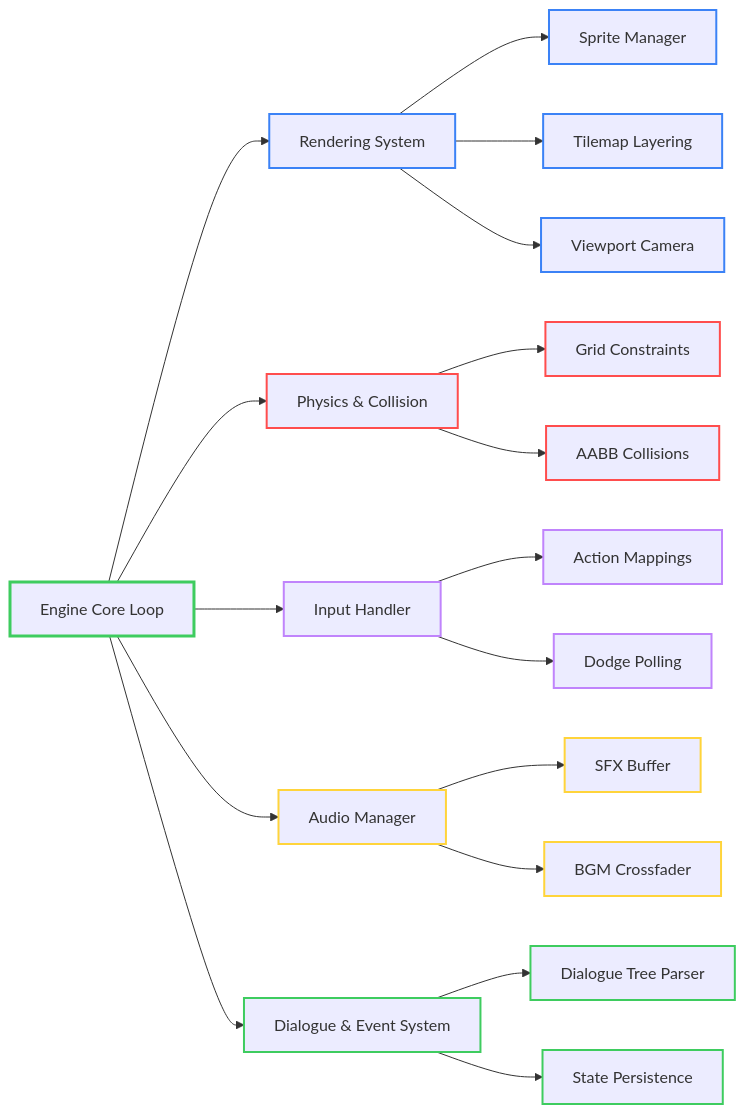
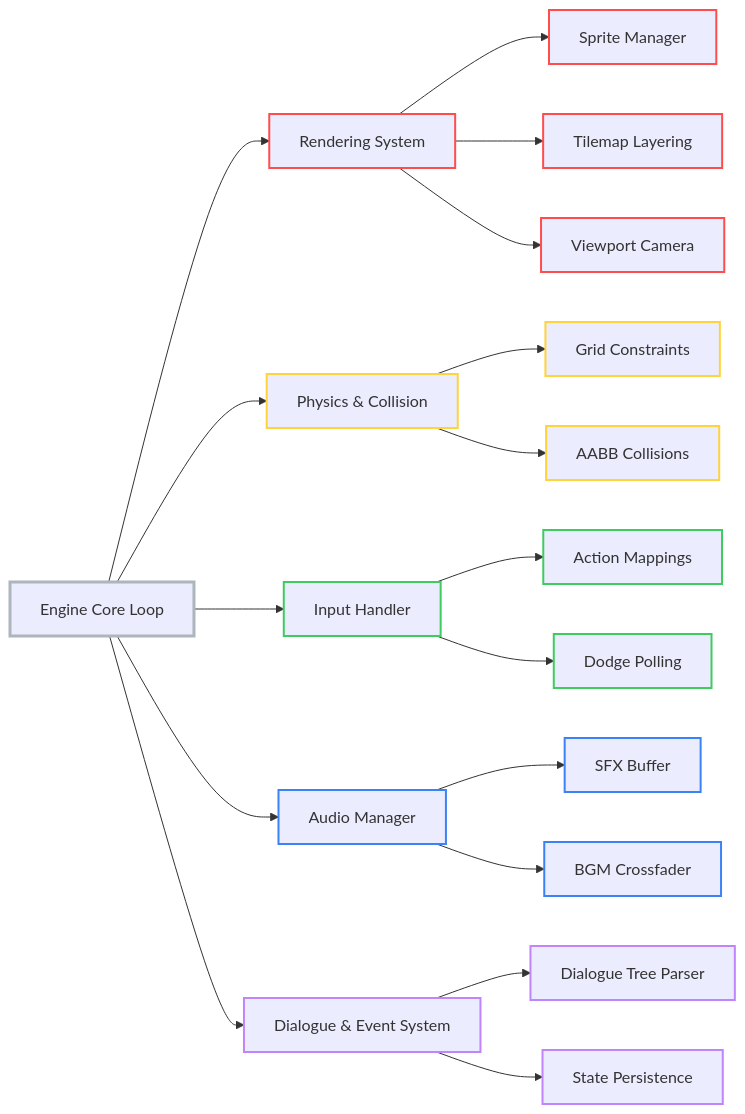
One commit to EduLoboM/Char2D changed the diagram in docs/docs/engine/index.md. Above: the diagram before and after it, drawn with Mermaid. The commit also changed 7 other files, not shown here.

````diff
--- a/docs/docs/engine/index.md
+++ b/docs/docs/engine/index.md
@@ -11,37 +11,37 @@
 ```mermaid
 graph LR
     Core[Engine Core Loop] --> Render[Rendering System]
     Core --> Phys[Physics & Collision]
     Core --> Input[Input Handler]
     Core --> Audio[Audio Manager]
     Core --> Event[Dialogue & Event System]
 
     Render --> Sprites[Sprite Manager]
     Render --> Tilemaps[Tilemap Layering]
     Render --> Camera[Viewport Camera]
 
     Phys --> Grid[Grid Constraints]
     Phys --> Collisions[AABB Collisions]
 
     Input --> Bindings[Action Mappings]
     Input --> Polling[Dodge Polling]
 
     Audio --> SFX[SFX Buffer]
     Audio --> BGM[BGM Crossfader]
 
     Event --> Parser[Dialogue Tree Parser]
     Event --> State[State Persistence]
 
-    classDef renderStroke stroke:#3b82f6,stroke-width:2px;
-    classDef physStroke stroke:#ff4d4d,stroke-width:2px;
-    classDef inputStroke stroke:#c084fc,stroke-width:2px;
-    classDef audioStroke stroke:#ffd43b,stroke-width:2px;
-    classDef eventStroke stroke:#3ecc5f,stroke-width:2px;
+    classDef renderStroke stroke:#ff4d4d,stroke-width:2px;
+    classDef physStroke stroke:#ffd43b,stroke-width:2px;
+    classDef inputStroke stroke:#3ecc5f,stroke-width:2px;
+    classDef audioStroke stroke:#3b82f6,stroke-width:2px;
+    classDef eventStroke stroke:#c084fc,stroke-width:2px;
 
     class Render,Sprites,Tilemaps,Camera renderStroke;
     class Phys,Grid,Collisions physStroke;
     class Input,Bindings,Polling inputStroke;
     class Audio,SFX,BGM audioStroke;
     class Event,Parser,State eventStroke;
-    style Core stroke:#3ecc5f,stroke-width:3px;
+    style Core stroke:#adb5bd,stroke-width:3px;
 ```
````
